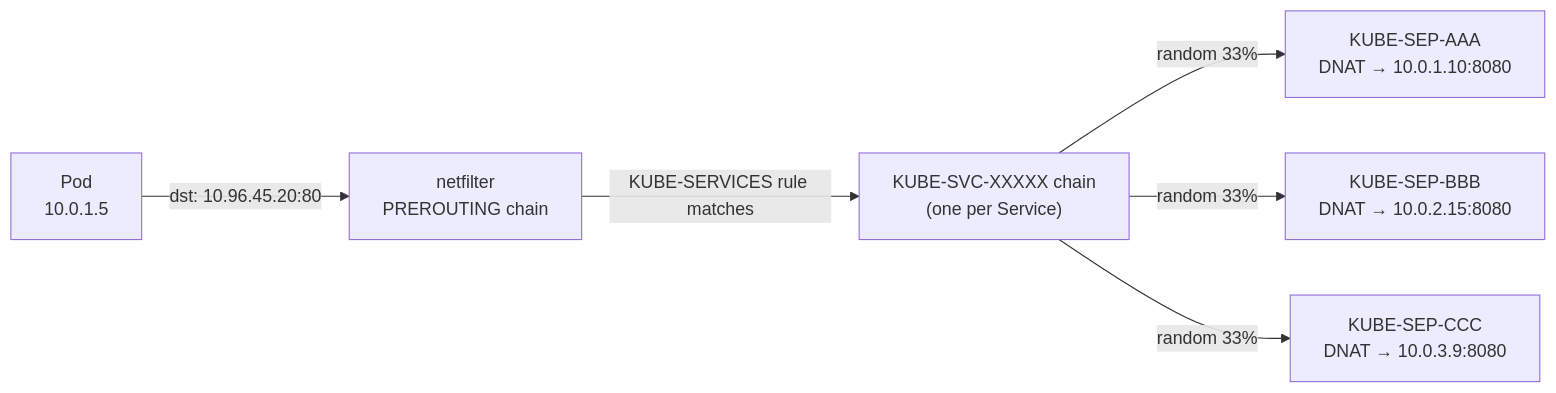
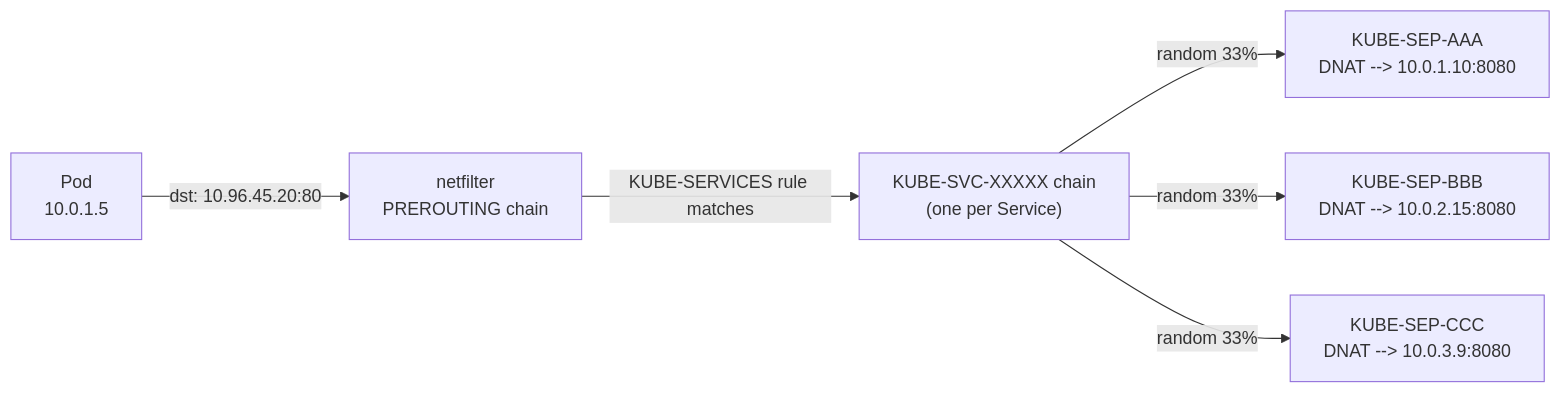
Before and after one commit to deepanshu-rawat6/tour-of-go: the first of 3 diagrams in devops/kubernetes/kube-proxy-modes.md, drawn with Mermaid. The commit also changed 25 other files, not shown here.

````diff
--- a/devops/kubernetes/kube-proxy-modes.md
+++ b/devops/kubernetes/kube-proxy-modes.md
@@ -11,8 +11,8 @@
 ```mermaid
 flowchart LR
     POD["Pod<br>10.0.1.5"] -->|"dst: 10.96.45.20:80"| NF["netfilter<br>PREROUTING chain"]
     NF -->|"KUBE-SERVICES rule matches"| KCHAIN["KUBE-SVC-XXXXX chain<br>(one per Service)"]
-    KCHAIN -->|"random 33%"| SEP1["KUBE-SEP-AAA<br>DNAT → 10.0.1.10:8080"]
-    KCHAIN -->|"random 33%"| SEP2["KUBE-SEP-BBB<br>DNAT → 10.0.2.15:8080"]
-    KCHAIN -->|"random 33%"| SEP3["KUBE-SEP-CCC<br>DNAT → 10.0.3.9:8080"]
+    KCHAIN -->|"random 33%"| SEP1["KUBE-SEP-AAA<br>DNAT --> 10.0.1.10:8080"]
+    KCHAIN -->|"random 33%"| SEP2["KUBE-SEP-BBB<br>DNAT --> 10.0.2.15:8080"]
+    KCHAIN -->|"random 33%"| SEP3["KUBE-SEP-CCC<br>DNAT --> 10.0.3.9:8080"]
 ```
````
